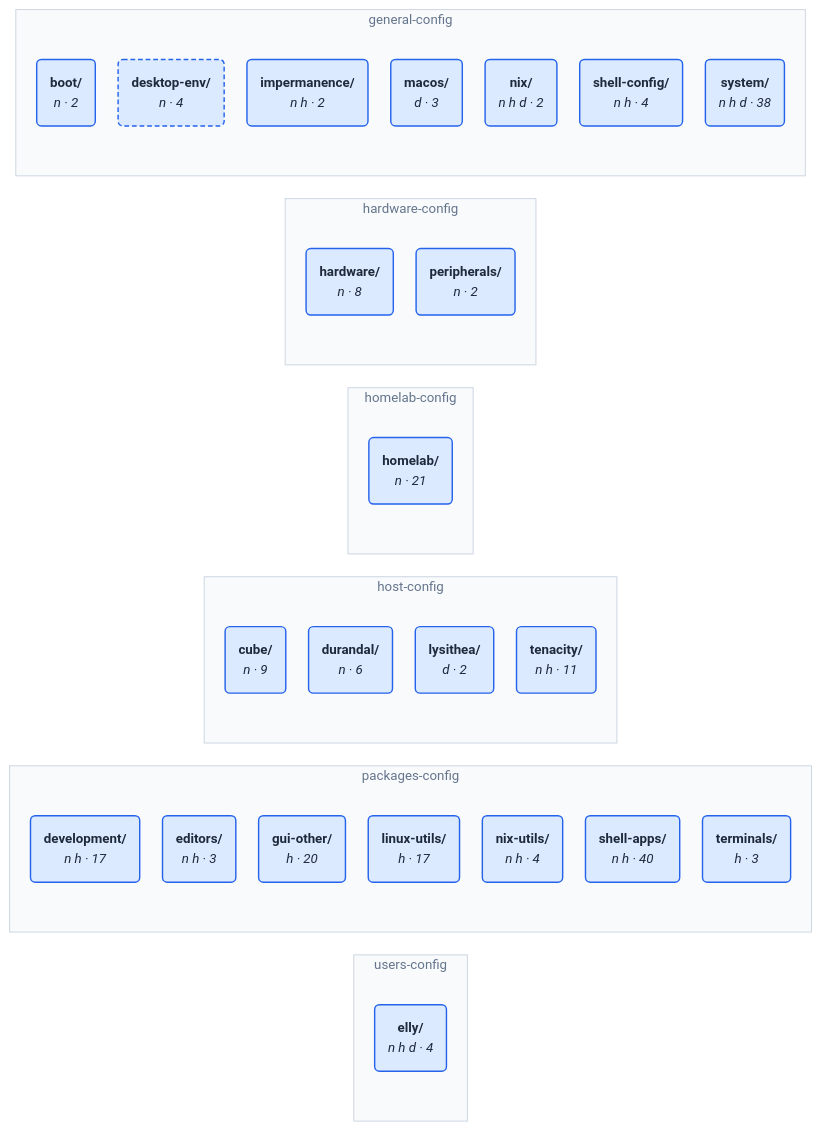
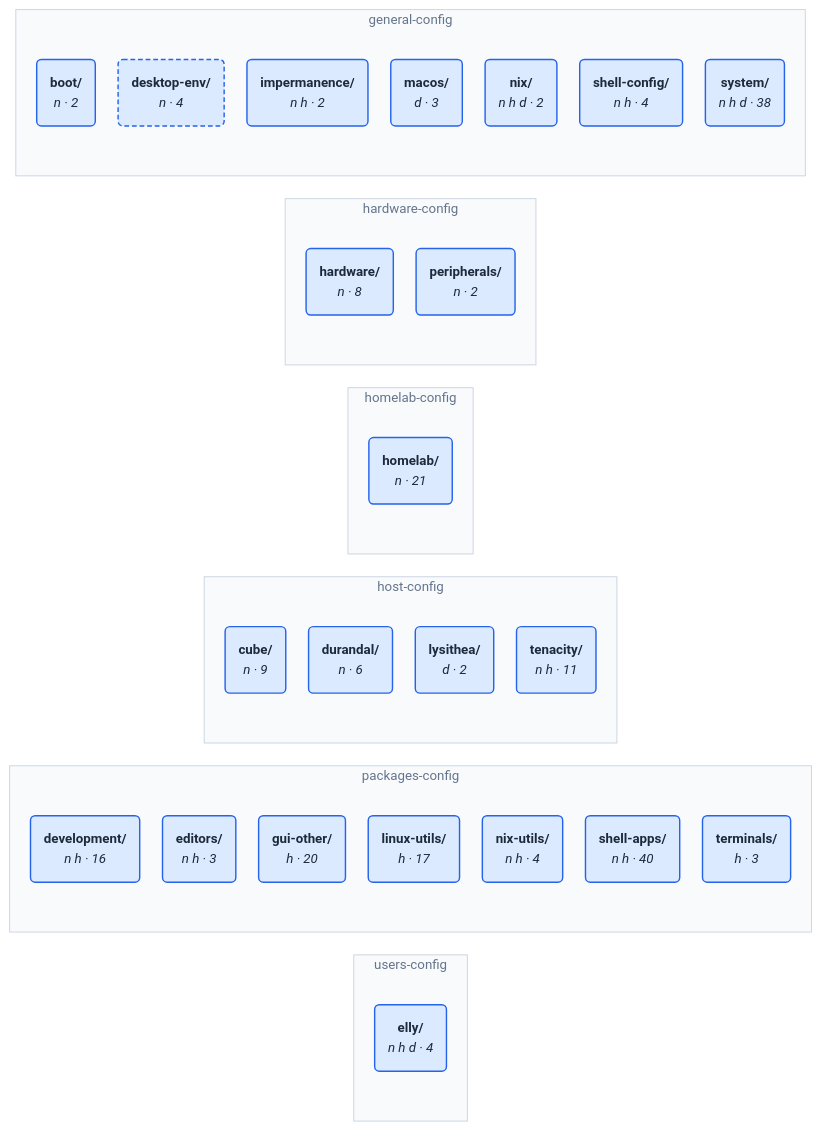
Before and after one commit to NireBryce/nixos-configs: the diagram in wiki/architecture.md, drawn with Mermaid. The commit also changed 11 other files, not shown here.

````diff
--- a/wiki/architecture.md
+++ b/wiki/architecture.md
@@ -98,54 +98,54 @@
 ```mermaid
 %%{init: {"theme": "base", "themeVariables": {"fontFamily": "ui-sans-serif, system-ui, sans-serif", "fontSize": "14px", "lineColor": "#94a3b8"}, "flowchart": {"curve": "basis", "nodeSpacing": 24, "rankSpacing": 80, "padding": 14}}}%%
 flowchart LR
     subgraph g0["users-config"]
         n27("<b>elly/</b><br/><i>n h d · 4</i>")
     end
     subgraph g1["packages-config"]
-        n20("<b>development/</b><br/><i>n h · 17</i>")
+        n20("<b>development/</b><br/><i>n h · 16</i>")
         n21("<b>editors/</b><br/><i>n h · 3</i>")
         n22("<b>gui-other/</b><br/><i>h · 20</i>")
         n23("<b>linux-utils/</b><br/><i>h · 17</i>")
         n24("<b>nix-utils/</b><br/><i>n h · 4</i>")
         n25("<b>shell-apps/</b><br/><i>n h · 40</i>")
         n26("<b>terminals/</b><br/><i>h · 3</i>")
     end
     subgraph g2["host-config"]
         n16("<b>cube/</b><br/><i>n · 9</i>")
         n17("<b>durandal/</b><br/><i>n · 6</i>")
         n18("<b>lysithea/</b><br/><i>d · 2</i>")
         n19("<b>tenacity/</b><br/><i>n h · 11</i>")
     end
     subgraph g3["homelab-config"]
         n15("<b>homelab/</b><br/><i>n · 21</i>")
     end
     subgraph g4["hardware-config"]
         n13("<b>hardware/</b><br/><i>n · 8</i>")
         n14("<b>peripherals/</b><br/><i>n · 2</i>")
     end
     subgraph g5["general-config"]
         n6("<b>boot/</b><br/><i>n · 2</i>")
         n7("<b>desktop-env/</b><br/><i>n · 4</i>")
         n8("<b>impermanence/</b><br/><i>n h · 2</i>")
         n9("<b>macos/</b><br/><i>d · 3</i>")
         n10("<b>nix/</b><br/><i>n h d · 2</i>")
         n11("<b>shell-config/</b><br/><i>n h · 4</i>")
         n12("<b>system/</b><br/><i>n h d · 38</i>")
     end
     style g0 fill:#f8fafc,stroke:#cbd5e1,color:#64748b
     style g1 fill:#f8fafc,stroke:#cbd5e1,color:#64748b
     style g2 fill:#f8fafc,stroke:#cbd5e1,color:#64748b
     style g3 fill:#f8fafc,stroke:#cbd5e1,color:#64748b
     style g4 fill:#f8fafc,stroke:#cbd5e1,color:#64748b
     style g5 fill:#f8fafc,stroke:#cbd5e1,color:#64748b
     classDef area fill:#f8fafc,stroke:#cbd5e1,color:#1e293b,stroke-width:1.5px
     classDef category fill:#dbeafe,stroke:#2563eb,color:#1e293b,stroke-width:1.5px
     classDef folder fill:#f1f5f9,stroke:#94a3b8,color:#1e293b,stroke-width:1.5px
     classDef module fill:#ffffff,stroke:#94a3b8,color:#1e293b,stroke-width:1.5px
     classDef aggregate fill:#ffffff,stroke:#f59e0b,color:#1e293b,stroke-width:1.5px
     classDef missing fill:#fee2e2,stroke:#ef4444,color:#1e293b,stroke-width:1.5px
     classDef orphan fill:#fff1f2,stroke:#e11d48,color:#1e293b,stroke-width:2.5px
     classDef bymodule stroke-dasharray:5 3
     class n6,n7,n8,n9,n10,n11,n12,n13,n14,n15,n16,n17,n18,n19,n20,n21,n22,n23,n24,n25,n26,n27 category
     class n7 bymodule
 ```
````
